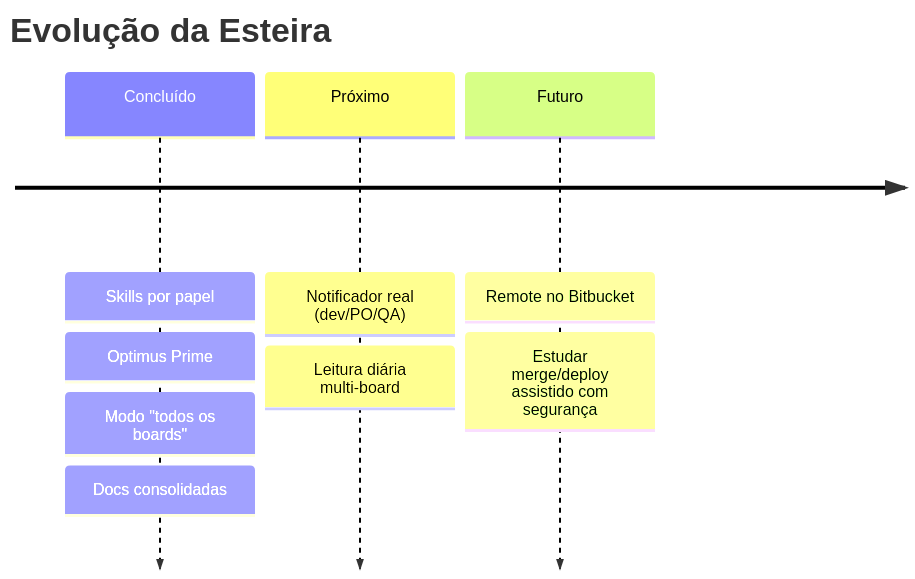
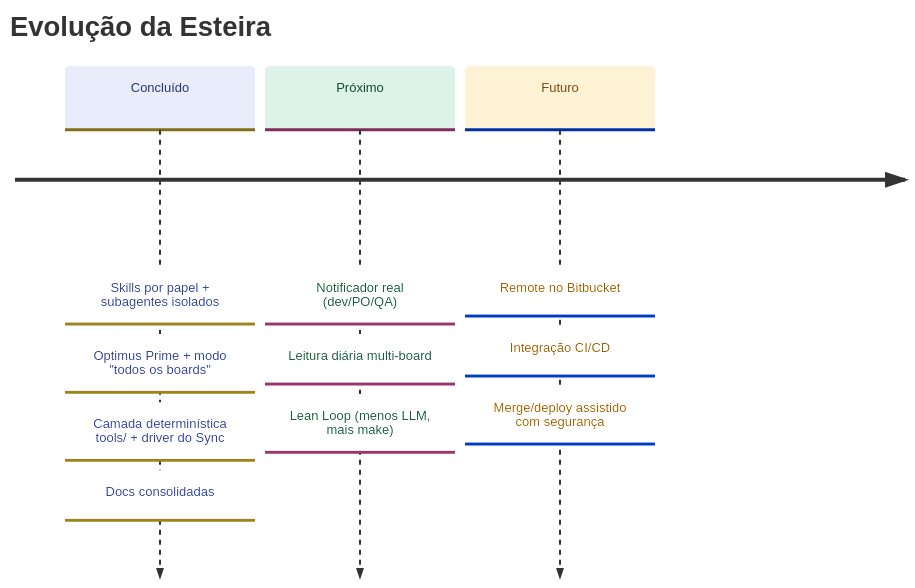
Before and after one commit to BertoRcsb/workflow-automation-management: the diagram in docs/diagramas/11-roadmap.mmd, drawn with Mermaid. The commit also changed 57 other files, not shown here.

First line of the commit message:
docs: replace approver name with 'usuário' and restyle all diagrams

```diff
--- a/docs/diagramas/11-roadmap.mmd
+++ b/docs/diagramas/11-roadmap.mmd
@@ -1,5 +1,6 @@
+%%{init: {"theme":"base","themeVariables":{"fontFamily":"Segoe UI, Helvetica, Arial, sans-serif","fontSize":"13px","cScale0":"#E8ECFB","cScaleLabel0":"#2A3577","cScale1":"#DDF3E7","cScaleLabel1":"#1C4532","cScale2":"#FFF3D6","cScaleLabel2":"#7B4B12"}}}%%
 timeline
     title Evolução da Esteira
-    Concluído : Skills por papel : Optimus Prime : Modo "todos os boards" : Docs consolidadas
-    Próximo : Notificador real (dev/PO/QA) : Leitura diária multi-board
-    Futuro : Remote no Bitbucket : Estudar merge/deploy assistido com segurança
+    Concluído : Skills por papel + subagentes isolados : Optimus Prime + modo "todos os boards" : Camada determinística tools/ + driver do Sync : Docs consolidadas
+    Próximo : Notificador real (dev/PO/QA) : Leitura diária multi-board : Lean Loop (menos LLM, mais make)
+    Futuro : Remote no Bitbucket : Integração CI/CD : Merge/deploy assistido com segurança
```
